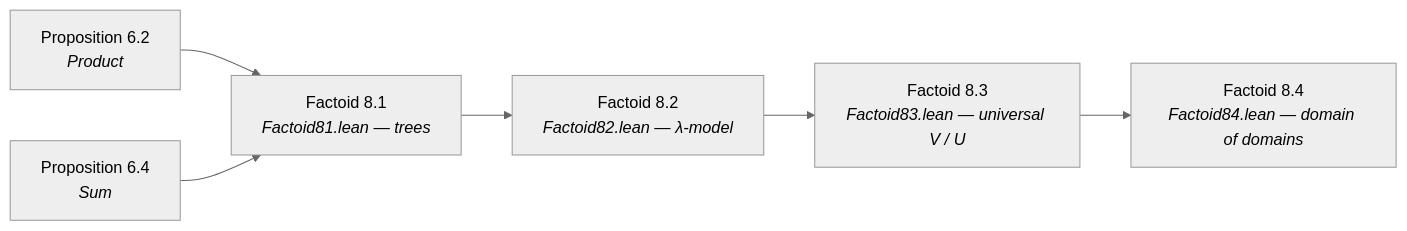
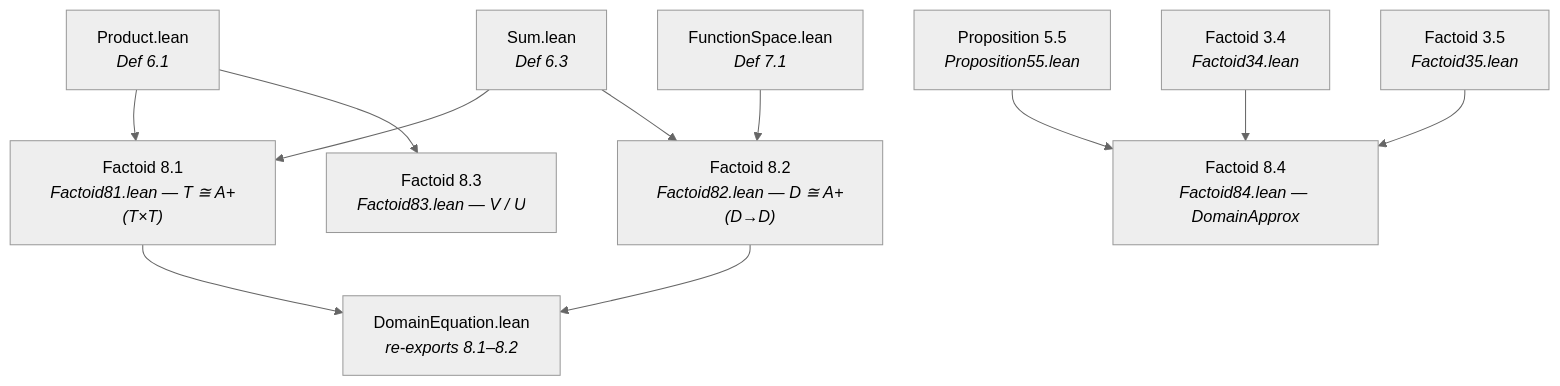
Before and after one commit to catskillsresearch/scott1982: the tenth of 10 diagrams in arxiv.md, drawn with Mermaid (neutral theme). The commit also changed other lines of this file and 12 other files, not shown here.

First line of the commit message:
Align arXiv pipeline with scott1980 and refresh Mermaid maps.

````diff
--- a/arxiv.md
+++ b/arxiv.md
@@ -644,12 +668,24 @@
 ```mermaid
-flowchart LR
-  P62["Proposition 6.2<br/><i>Product</i>"]
-  P64["Proposition 6.4<br/><i>Sum</i>"]
-  F81["Factoid 8.1<br/><i>Factoid81.lean — trees</i>"]
-  F82["Factoid 8.2<br/><i>Factoid82.lean — λ-model</i>"]
-  F83["Factoid 8.3<br/><i>Factoid83.lean — universal V / U</i>"]
-  F84["Factoid 8.4<br/><i>Factoid84.lean — domain of domains</i>"]
-  P62 --> F81
-  P64 --> F81
-  F81 --> F82 --> F83 --> F84
+flowchart TD
+  Pr["Product.lean<br/><i>Def 6.1</i>"]
+  Su["Sum.lean<br/><i>Def 6.3</i>"]
+  FS["FunctionSpace.lean<br/><i>Def 7.1</i>"]
+  P55["Proposition 5.5<br/><i>Proposition55.lean</i>"]
+  F34["Factoid 3.4<br/><i>Factoid34.lean</i>"]
+  F35["Factoid 3.5<br/><i>Factoid35.lean</i>"]
+  F81["Factoid 8.1<br/><i>Factoid81.lean — T ≅ A+(T×T)</i>"]
+  F82["Factoid 8.2<br/><i>Factoid82.lean — D ≅ A+(D→D)</i>"]
+  F83["Factoid 8.3<br/><i>Factoid83.lean — V / U</i>"]
+  F84["Factoid 8.4<br/><i>Factoid84.lean — DomainApprox</i>"]
+  DE["DomainEquation.lean<br/><i>re-exports 8.1–8.2</i>"]
+  Pr --> F81
+  Su --> F81
+  FS --> F82
+  Su --> F82
+  Pr --> F83
+  P55 --> F84
+  F34 --> F84
+  F35 --> F84
+  F81 --> DE
+  F82 --> DE
 ```
````
